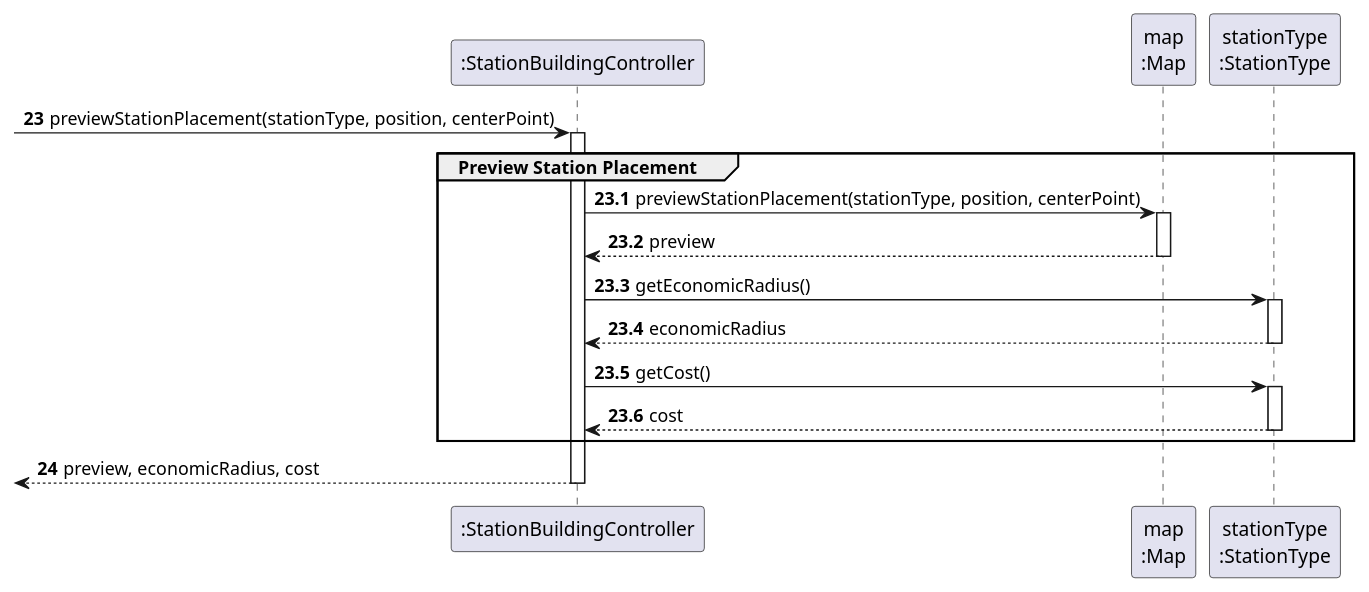
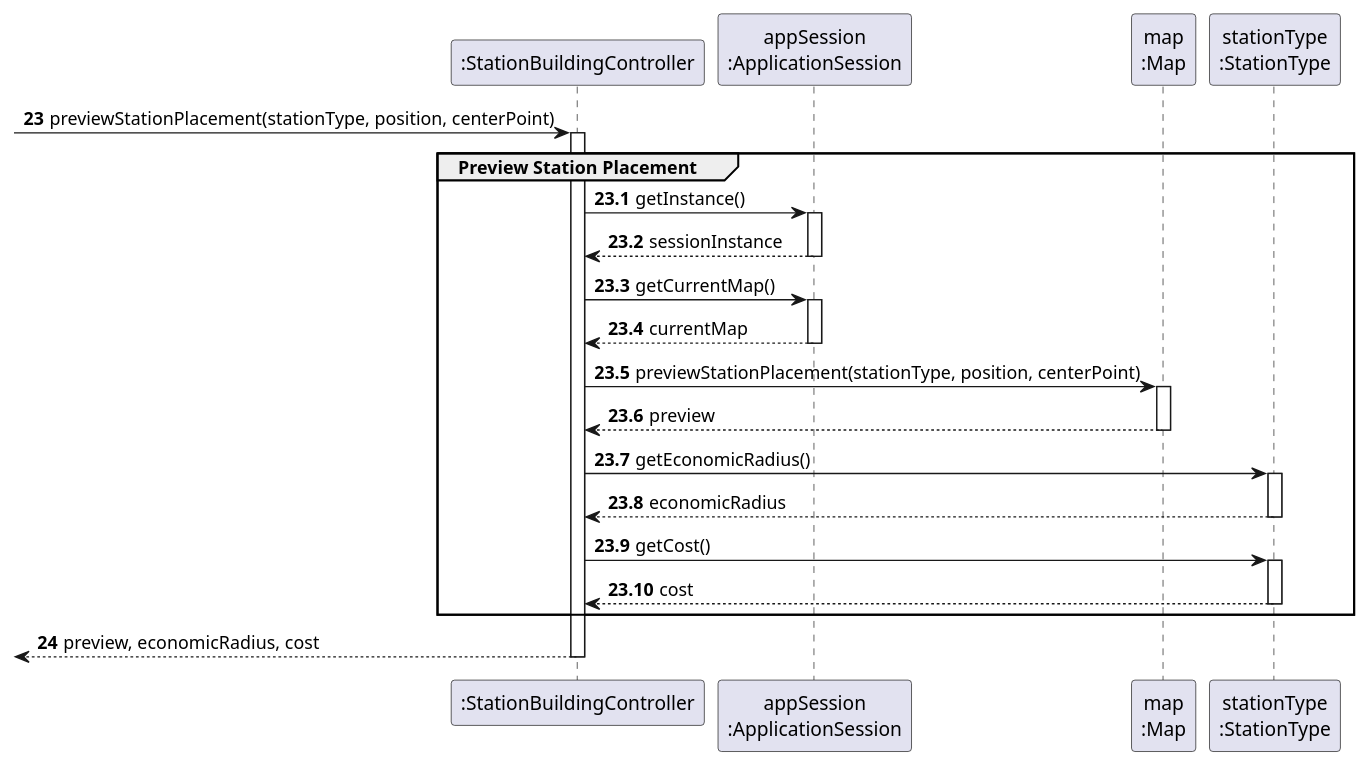
Before and after one commit to HenriqueSilva18/Railway-Network-Simulator: the diagram in docs/system-documentation/Sprint 2/US05/03.design/puml/US05-SD-partial-preview-station-placement.puml, drawn with PlantUML. The commit also changed 11 other files, not shown here.

```diff
--- a/docs/system-documentation/Sprint 2/US05/03.design/puml/US05-SD-partial-preview-station-placement.puml
+++ b/docs/system-documentation/Sprint 2/US05/03.design/puml/US05-SD-partial-preview-station-placement.puml
@@ -1,37 +1,46 @@
 @startuml
 skinparam packageStyle rectangle
 skinparam shadowing false
 
 participant ":StationBuildingController" as CTRL
+participant "appSession\n:ApplicationSession" as APP_SESSION
 participant "map\n:Map" as MAP
-participant "stationType\n:StationType" as ST_TYPE
+participant "stationType\n:StationType" as TYPE
 
 autonumber 23
 -> CTRL : previewStationPlacement(stationType, position, centerPoint)
 
 autonumber 23.1
 activate CTRL
     group Preview Station Placement
-        ' Get preview of placement
-        CTRL -> MAP : previewStationPlacement(stationType, position, centerPoint)
+        CTRL -> APP_SESSION: getInstance()
+        activate APP_SESSION
+            APP_SESSION --> CTRL: sessionInstance
+        deactivate APP_SESSION
+
+        CTRL -> APP_SESSION: getCurrentMap()
+        activate APP_SESSION
+            APP_SESSION --> CTRL: currentMap
+        deactivate APP_SESSION
+
+        CTRL -> MAP: previewStationPlacement(stationType, position, centerPoint)
         activate MAP
-            MAP --> CTRL : preview
+            MAP --> CTRL: preview
         deactivate MAP
-        
-        ' Get economic radius and cost
-        CTRL -> ST_TYPE : getEconomicRadius()
-        activate ST_TYPE
-            ST_TYPE --> CTRL : economicRadius
-        deactivate ST_TYPE
-        
-        CTRL -> ST_TYPE : getCost()
-        activate ST_TYPE
-            ST_TYPE --> CTRL : cost
-        deactivate ST_TYPE
+
+        CTRL -> TYPE: getEconomicRadius()
+        activate TYPE
+            TYPE --> CTRL: economicRadius
+        deactivate TYPE
+
+        CTRL -> TYPE: getCost()
+        activate TYPE
+            TYPE --> CTRL: cost
+        deactivate TYPE
     end
 
     autonumber 24
     <-- CTRL : preview, economicRadius, cost
 deactivate CTRL
 
 @enduml 
```
